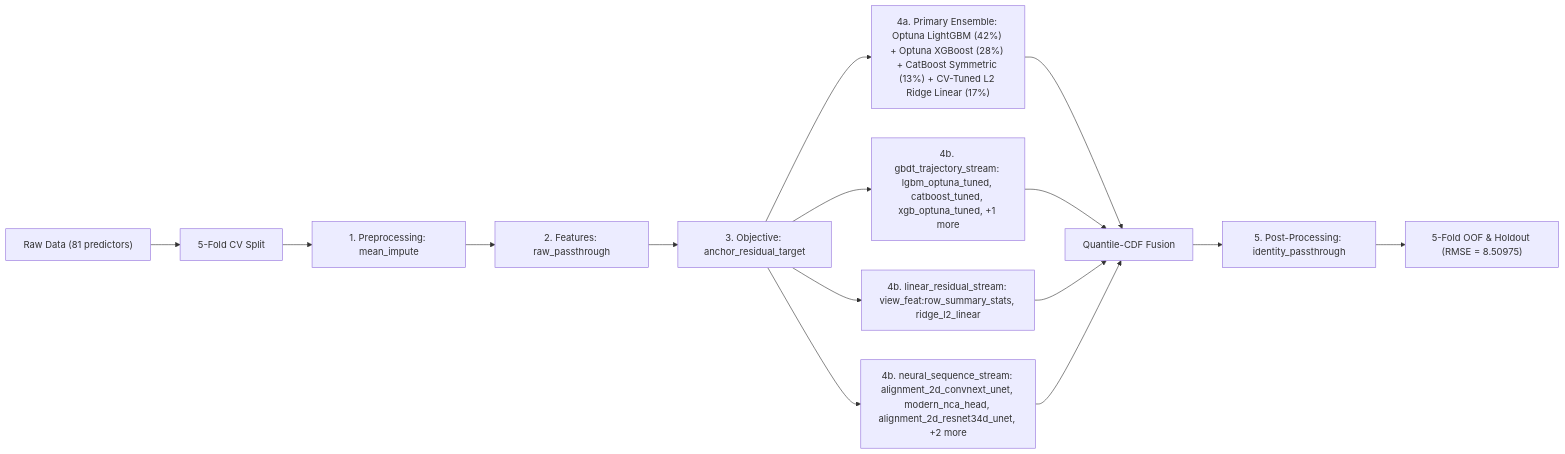
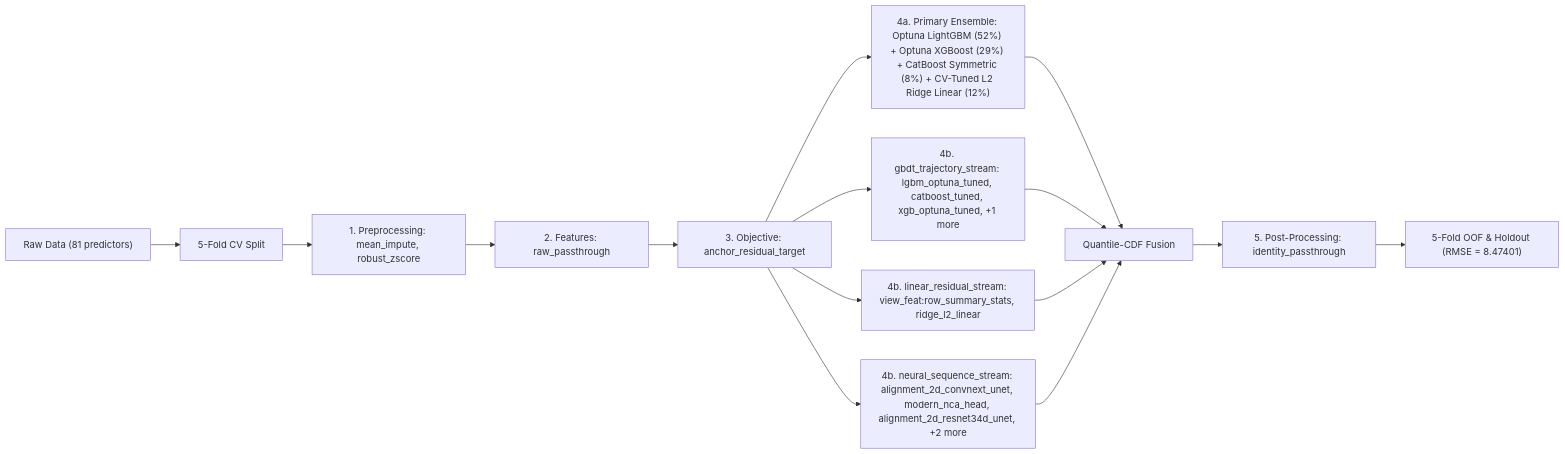
One commit to stefanoclss/ROGII-Wellbore-Geology-Prediction changed the diagram in README.md. Above: the diagram before and after it, drawn with Mermaid. The commit also changed other lines of this file, not shown here.

First line of the commit message:
docs(readme): refresh verified OOF benchmark & build ledger (RMSE=8.47401)

````diff
--- a/README.md
+++ b/README.md
@@ -76,17 +77,17 @@
 ```mermaid
 flowchart LR
     DATA["Raw Data (81 predictors)"] --> SPLIT["5-Fold CV Split"]
-    SPLIT --> PRE["1. Preprocessing: mean_impute"]
+    SPLIT --> PRE["1. Preprocessing: mean_impute, robust_zscore"]
     PRE --> FEAT["2. Features: raw_passthrough"]
     FEAT --> OBJ["3. Objective: anchor_residual_target"]
-    OBJ --> M0["4a. Primary Ensemble: Optuna LightGBM (42%) + Optuna XGBoost (28%) + CatBoost Symmetric (13%) + CV-Tuned L2 Ridge Linear (17%)"]
+    OBJ --> M0["4a. Primary Ensemble: Optuna LightGBM (52%) + Optuna XGBoost (29%) + CatBoost Symmetric (8%) + CV-Tuned L2 Ridge Linear (12%)"]
     M0 --> FUSE["Quantile-CDF Fusion"]
     OBJ --> S1["4b. gbdt_trajectory_stream: lgbm_optuna_tuned, catboost_tuned, xgb_optuna_tuned, +1 more"]
     S1 --> FUSE
     OBJ --> S2["4b. linear_residual_stream: view_feat:row_summary_stats, ridge_l2_linear"]
     S2 --> FUSE
     OBJ --> S3["4b. neural_sequence_stream: alignment_2d_convnext_unet, modern_nca_head, alignment_2d_resnet34d_unet, +2 more"]
     S3 --> FUSE
     FUSE --> POST["5. Post-Processing: identity_passthrough"]
-    POST --> OUT["5-Fold OOF & Holdout (RMSE = 8.50975)"]
+    POST --> OUT["5-Fold OOF & Holdout (RMSE = 8.47401)"]
 ```
````
